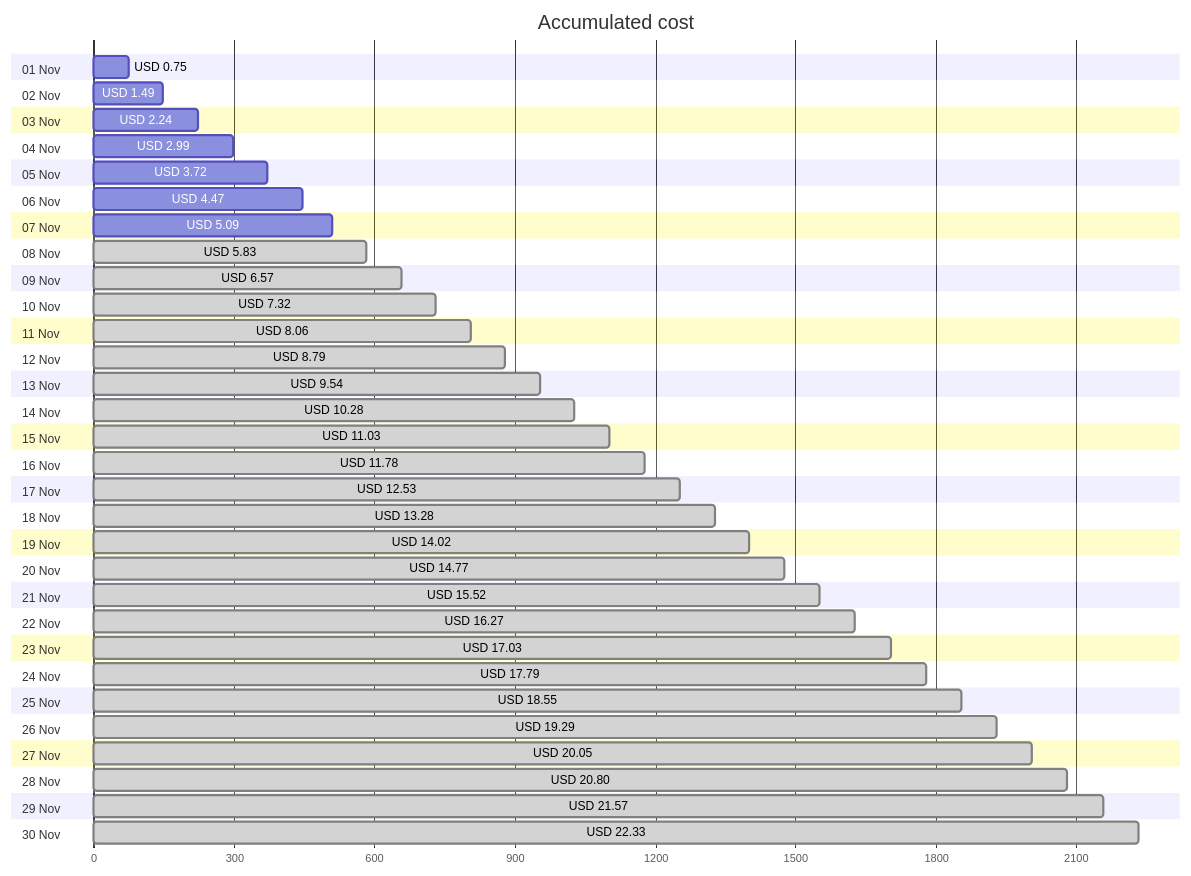
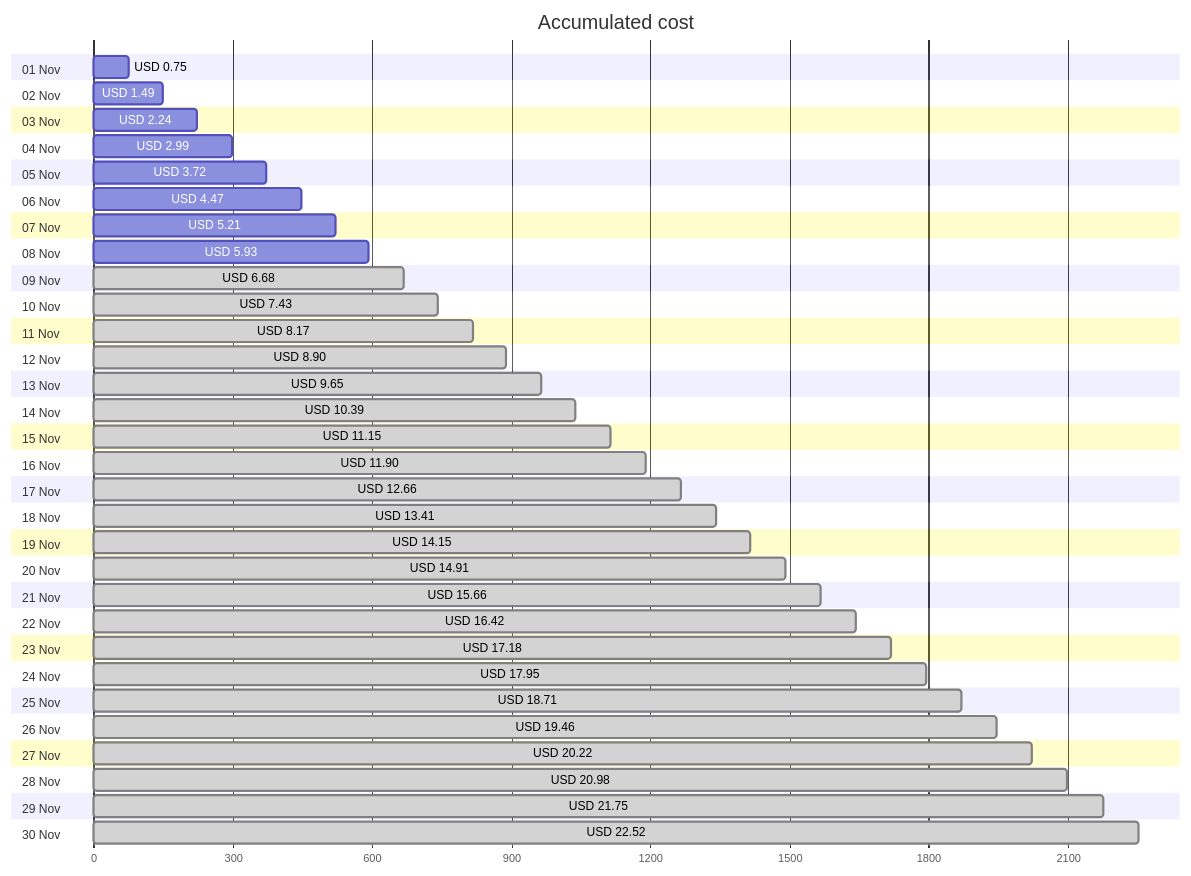
Before and after one commit to jpfulton/azure-personal-reports: the first of 4 diagrams in cost-reports/personal-network/backup-server-data-disk.md, drawn with Mermaid. The commit also changed other lines of this file and 8 other files, not shown here.

````diff
--- a/cost-reports/personal-network/backup-server-data-disk.md
+++ b/cost-reports/personal-network/backup-server-data-disk.md
@@ -20,66 +20,66 @@
 ```mermaid
 gantt
    title Accumulated cost
    dateFormat  X
    axisFormat %s
    section 01 Nov
    USD 0.75 :0, 75
    section 02 Nov
    USD 1.49 :0, 149
    section 03 Nov
    USD 2.24 :0, 224
    section 04 Nov
    USD 2.99 :0, 299
    section 05 Nov
    USD 3.72 :0, 372
    section 06 Nov
    USD 4.47 :0, 447
    section 07 Nov
-   USD 5.09 :0, 509
+   USD 5.21 :0, 521
    section 08 Nov
-   USD 5.83 : done, 0, 583
+   USD 5.93 :0, 593
    section 09 Nov
-   USD 6.57 : done, 0, 657
+   USD 6.68 : done, 0, 668
    section 10 Nov
-   USD 7.32 : done, 0, 732
+   USD 7.43 : done, 0, 743
    section 11 Nov
-   USD 8.06 : done, 0, 806
+   USD 8.17 : done, 0, 817
    section 12 Nov
-   USD 8.79 : done, 0, 879
+   USD 8.90 : done, 0, 890
    section 13 Nov
-   USD 9.54 : done, 0, 954
+   USD 9.65 : done, 0, 965
    section 14 Nov
-   USD 10.28 : done, 0, 1028
+   USD 10.39 : done, 0, 1039
    section 15 Nov
-   USD 11.03 : done, 0, 1103
+   USD 11.15 : done, 0, 1115
    section 16 Nov
-   USD 11.78 : done, 0, 1178
+   USD 11.90 : done, 0, 1190
    section 17 Nov
-   USD 12.53 : done, 0, 1253
+   USD 12.66 : done, 0, 1266
    section 18 Nov
-   USD 13.28 : done, 0, 1328
+   USD 13.41 : done, 0, 1341
    section 19 Nov
-   USD 14.02 : done, 0, 1402
+   USD 14.15 : done, 0, 1415
    section 20 Nov
-   USD 14.77 : done, 0, 1477
+   USD 14.91 : done, 0, 1491
    section 21 Nov
-   USD 15.52 : done, 0, 1552
+   USD 15.66 : done, 0, 1566
    section 22 Nov
-   USD 16.27 : done, 0, 1627
+   USD 16.42 : done, 0, 1642
    section 23 Nov
-   USD 17.03 : done, 0, 1703
+   USD 17.18 : done, 0, 1718
    section 24 Nov
-   USD 17.79 : done, 0, 1779
+   USD 17.95 : done, 0, 1795
    section 25 Nov
-   USD 18.55 : done, 0, 1855
+   USD 18.71 : done, 0, 1871
    section 26 Nov
-   USD 19.29 : done, 0, 1929
+   USD 19.46 : done, 0, 1946
    section 27 Nov
-   USD 20.05 : done, 0, 2005
+   USD 20.22 : done, 0, 2022
    section 28 Nov
-   USD 20.80 : done, 0, 2080
+   USD 20.98 : done, 0, 2098
    section 29 Nov
-   USD 21.57 : done, 0, 2157
+   USD 21.75 : done, 0, 2175
    section 30 Nov
-   USD 22.33 : done, 0, 2233
+   USD 22.52 : done, 0, 2252
 ```
````
